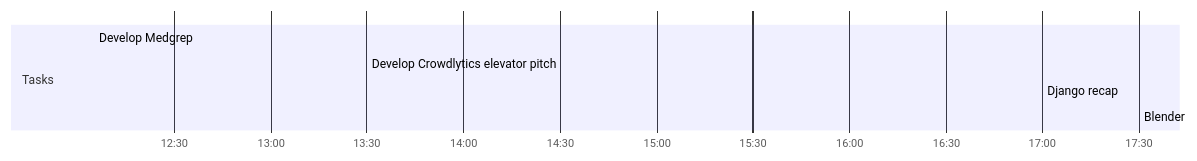
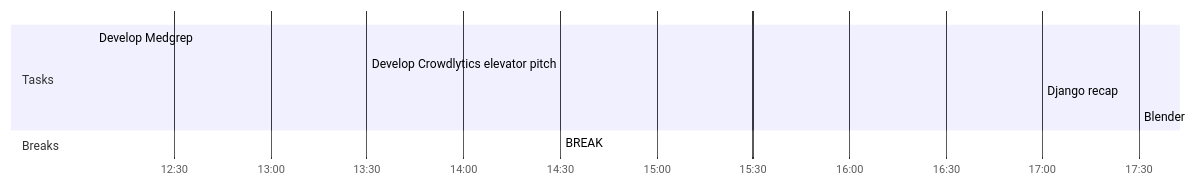
One commit to jjgumucio/KnowledgeBase changed the diagram in KnowledgeBase/Day Planners/Day Planner-20220131.md. Above: the diagram before and after it, drawn with Mermaid. The commit also changed other lines of this file, not shown here.

Commit message:
vault backup: 31-01-2022 12:07:58

````diff
--- a/KnowledgeBase/Day Planners/Day Planner-20220131.md
+++ b/KnowledgeBase/Day Planners/Day Planner-20220131.md
@@ -2,13 +2,13 @@
 ```mermaid
 gantt
     dateFormat  HH-mm
     axisFormat %H:%M
-    %% Current Time: 12:02:57 PM
+    %% Current Time: 12:07:55 PM
     section Tasks
     Develop Medgrep     :12-05, 85mm
-    Develop Crowdlytics elevator pitch     :13-30, 210mm
+    Develop Crowdlytics elevator pitch     :13-30, 60mm
     Django recap     :17-00, 30mm
     Blender     :17-30, 0mm
     section Breaks
-
+    BREAK     :14-30, 150mm
 ```
````
